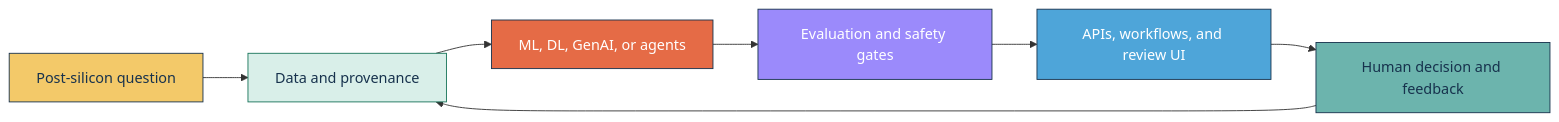
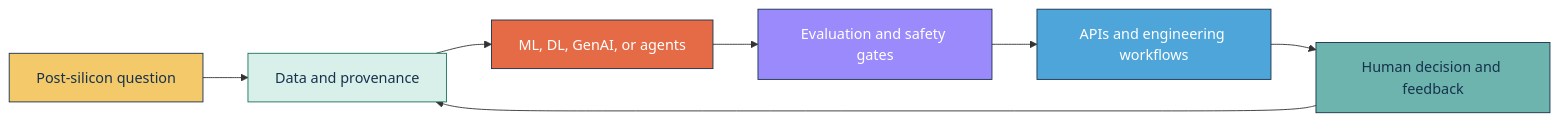
The diagram in README.md (rajendarmuddasani/rajendarmuddasani), drawn with Mermaid before and after one commit. The commit also changed other lines of this file and 5 other files, not shown here.

````diff
--- a/README.md
+++ b/README.md
@@ -50,15 +50,15 @@
 ```mermaid
 flowchart LR
     A[Post-silicon question] --> B[Data and provenance]
     B --> C[ML, DL, GenAI, or agents]
     C --> D[Evaluation and safety gates]
-    D --> E[APIs, workflows, and review UI]
+    D --> E[APIs and engineering workflows]
     E --> F[Human decision and feedback]
     F --> B
     style A fill:#f3c969,stroke:#17324d,color:#17324d
     style B fill:#d9efe9,stroke:#18745a,color:#17324d
     style C fill:#e56b46,stroke:#17324d,color:#ffffff
     style D fill:#9b8afb,stroke:#17324d,color:#ffffff
     style E fill:#4ea5d9,stroke:#17324d,color:#ffffff
     style F fill:#6cb4ad,stroke:#17324d,color:#17324d
 ```
````
